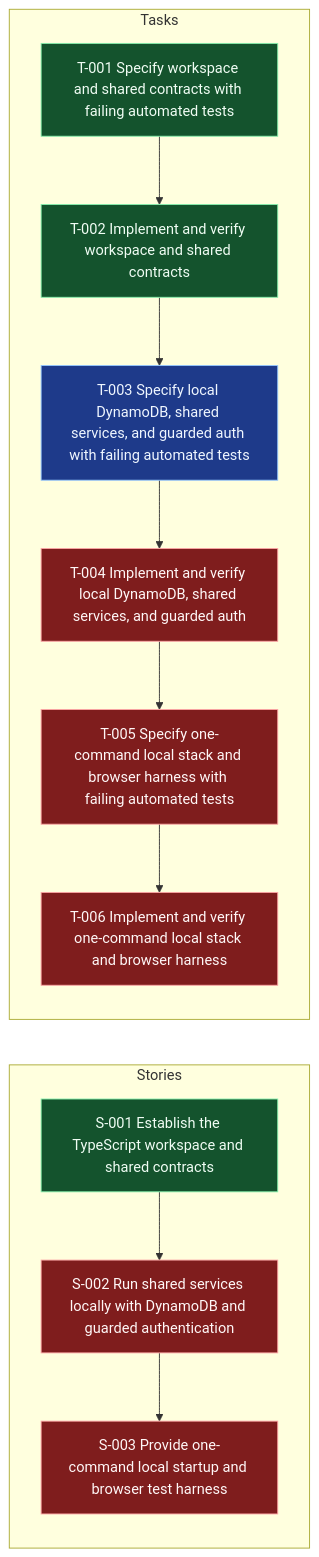
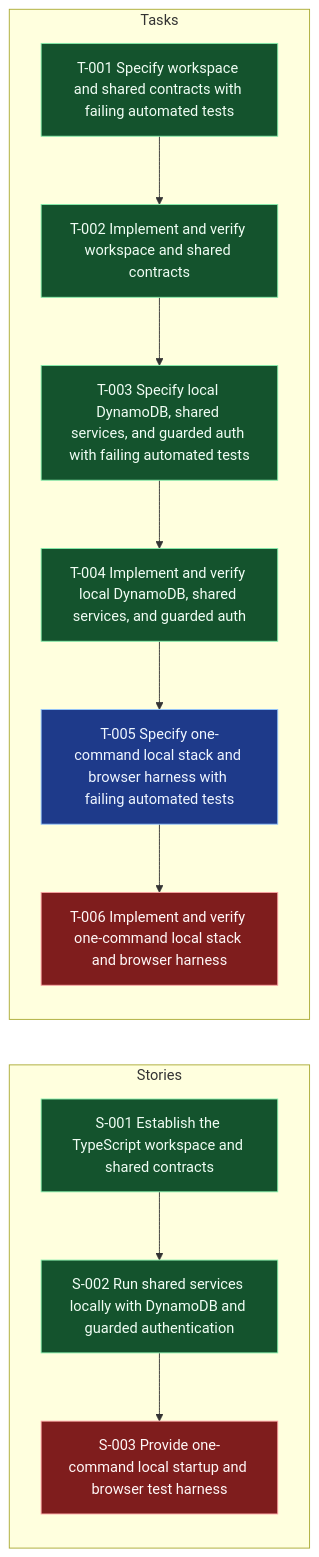
Before and after one commit to andybalham/invite-agent: the diagram in .worktracker/graphs/E-001.mmd, drawn with Mermaid. The commit also changed 31 other files, not shown here.

First line of the commit message:
feat: add local authentication and DynamoDB integration

```diff
--- a/.worktracker/graphs/E-001.mmd
+++ b/.worktracker/graphs/E-001.mmd
@@ -1,35 +1,35 @@
 graph LR
   classDef done fill:#14532d,stroke:#86efac,color:#f0fdf4;
   classDef blocked fill:#7f1d1d,stroke:#fca5a5,color:#fff7f7;
   classDef inprogress fill:#78350f,stroke:#fbbf24,color:#fffbeb;
   classDef todo fill:#1e3a8a,stroke:#93c5fd,color:#eff6ff;
   classDef empty fill:#374151,stroke:#d1d5db,color:#f9fafb,stroke-dasharray: 3 3;
   subgraph Stories
     S001["S-001 Establish the TypeScript workspace and shared contracts"]:::done
-    S002["S-002 Run shared services locally with DynamoDB and guarded authentication"]:::blocked
+    S002["S-002 Run shared services locally with DynamoDB and guarded authentication"]:::done
     S003["S-003 Provide one-command local startup and browser test harness"]:::blocked
     S001 --> S002
     S002 --> S003
   end
   subgraph Tasks
     T001["T-001 Specify workspace and shared contracts with failing automated tests"]:::done
     T002["T-002 Implement and verify workspace and shared contracts"]:::done
-    T003["T-003 Specify local DynamoDB, shared services, and guarded auth with failing automated tests"]:::todo
-    T004["T-004 Implement and verify local DynamoDB, shared services, and guarded auth"]:::blocked
-    T005["T-005 Specify one-command local stack and browser harness with failing automated tests"]:::blocked
+    T003["T-003 Specify local DynamoDB, shared services, and guarded auth with failing automated tests"]:::done
+    T004["T-004 Implement and verify local DynamoDB, shared services, and guarded auth"]:::done
+    T005["T-005 Specify one-command local stack and browser harness with failing automated tests"]:::todo
     T006["T-006 Implement and verify one-command local stack and browser harness"]:::blocked
     T001 --> T002
     T002 --> T003
     T003 --> T004
     T004 --> T005
     T005 --> T006
   end
   click S001 "../entities/S-001-establish-the-typescript-workspace-and-shared-contracts.md"
   click S002 "../entities/S-002-run-shared-services-locally-with-dynamodb-and-guarded-authentication.md"
   click S003 "../entities/S-003-provide-one-command-local-startup-and-browser-test-harness.md"
   click T001 "../entities/T-001-specify-workspace-and-shared-contracts-with-failing-automated-tests.md"
   click T002 "../entities/T-002-implement-and-verify-workspace-and-shared-contracts.md"
   click T003 "../entities/T-003-specify-local-dynamodb-shared-services-and-guarded-auth-with-failing-automated-tests.md"
   click T004 "../entities/T-004-implement-and-verify-local-dynamodb-shared-services-and-guarded-auth.md"
   click T005 "../entities/T-005-specify-one-command-local-stack-and-browser-harness-with-failing-automated-tests.md"
   click T006 "../entities/T-006-implement-and-verify-one-command-local-stack-and-browser-harness.md"
```
